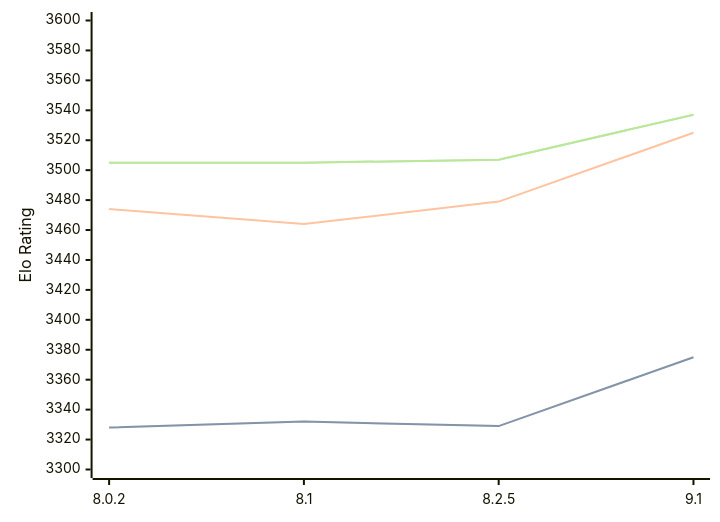
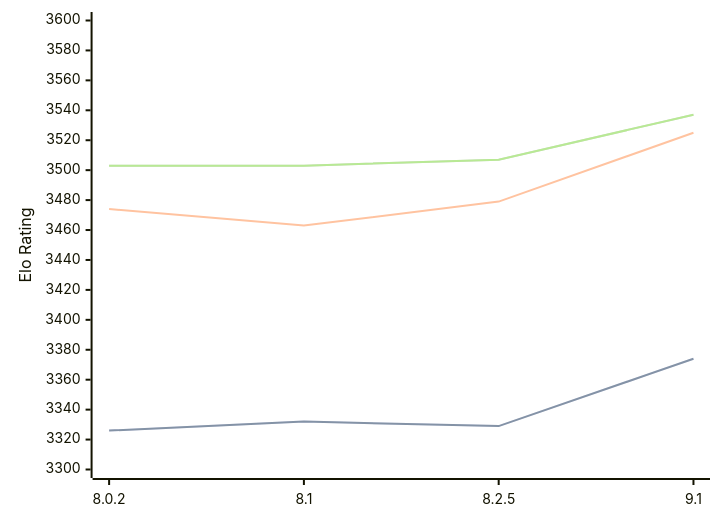
The third of 3 diagrams in engines/Clover.md (computer-chess-index/cci), drawn with Mermaid before and after one commit. The commit also changed other lines of this file, not shown here.

Commit message:
Update CCI Ratings (ELO VLTC) - 2026-07-15

````diff
--- a/engines/Clover.md
+++ b/engines/Clover.md
@@ -97,11 +97,11 @@
 ```mermaid
 %%{init: {"theme":"base","themeVariables":{"seriesColors:['#a3a3a3','#222221','#faa371']}}}%%
 xychart-beta
   x-axis ["8.0.2", "8.1", "8.2.5", "9.1"]
   y-axis "Elo Rating" 3300 --> 3600
-  line "STC (8.0+0.08s)" [3328, 3332, 3329, 3375]
-  line "STC (8.0+0.08s)" [3328, 3332, 3329, 3375]
-  line "LTC (60.0+0.60s)" [3474, 3464, 3479, 3525]
-  line "VLTC (2m24s+1.12s)" [3505, 3505, 3507, 3537]
-  line "VLTC (2m24s+1.12s)" [3505, 3505, 3507, 3537]
+  line "STC (8.0+0.08s)" [3326, 3332, 3329, 3374]
+  line "STC (8.0+0.08s)" [3326, 3332, 3329, 3374]
+  line "LTC (60.0+0.60s)" [3474, 3463, 3479, 3525]
+  line "VLTC (2m24s+1.12s)" [3503, 3503, 3507, 3537]
+  line "VLTC (2m24s+1.12s)" [3503, 3503, 3507, 3537]
 ```
````
